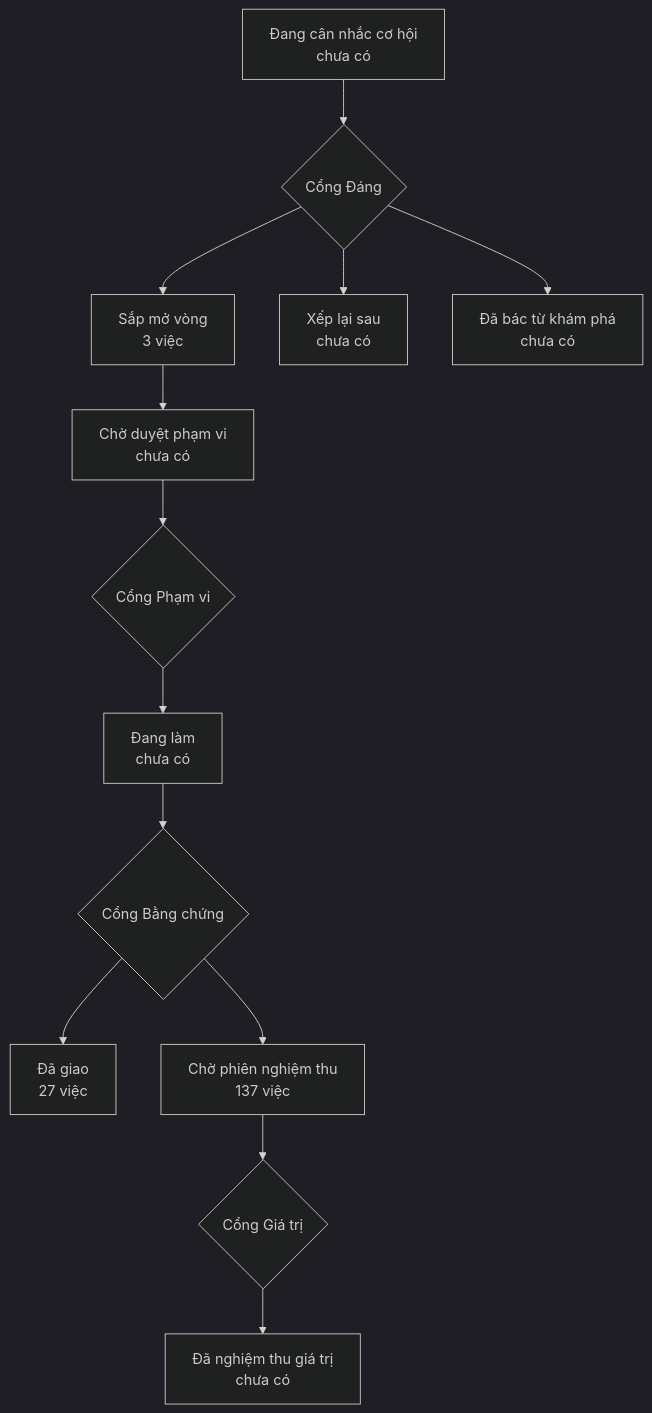
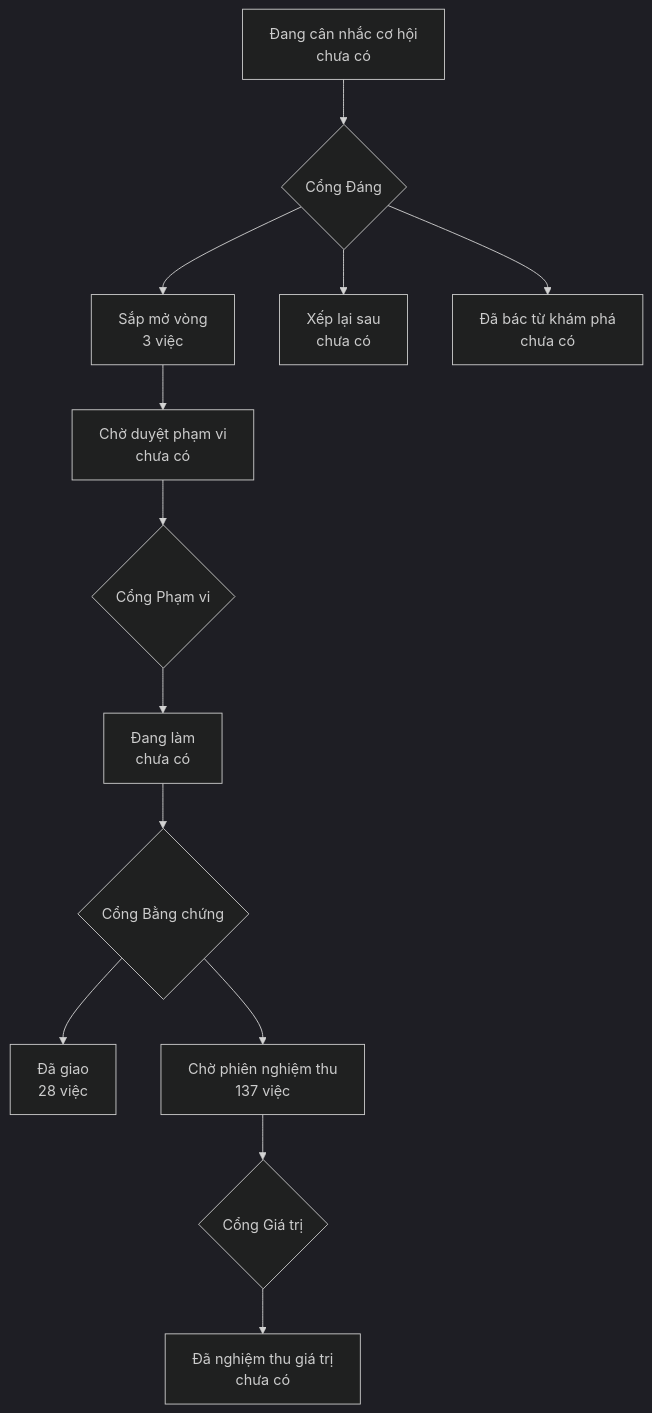
Before and after one commit to phanlemanh/onehub-quy-hang: the diagram in PRODUCT-MAP.md, drawn with Mermaid (dark theme). The commit also changed other lines of this file and 1 other file, not shown here.

Commit message:
chore: vẽ lại bản đồ sau gộp main

````diff
--- a/PRODUCT-MAP.md
+++ b/PRODUCT-MAP.md
@@ -7,12 +7,12 @@
 ```mermaid
 flowchart TD
   A["Đang cân nhắc cơ hội<br/>chưa có"] --> GD{"Cổng Đáng"}
   GD --> B["Sắp mở vòng<br/>3 việc"]
   GD --> XL["Xếp lại sau<br/>chưa có"]
   GD --> DB["Đã bác từ khám phá<br/>chưa có"]
   B --> CD["Chờ duyệt phạm vi<br/>chưa có"] --> GP{"Cổng Phạm vi"}
   GP --> DL["Đang làm<br/>chưa có"] --> GB{"Cổng Bằng chứng"}
-  GB --> DG["Đã giao<br/>27 việc"]
+  GB --> DG["Đã giao<br/>28 việc"]
   GB --> CN["Chờ phiên nghiệm thu<br/>137 việc"] --> GG{"Cổng Giá trị"}
   GG --> NT["Đã nghiệm thu giá trị<br/>chưa có"]
 ```
````
